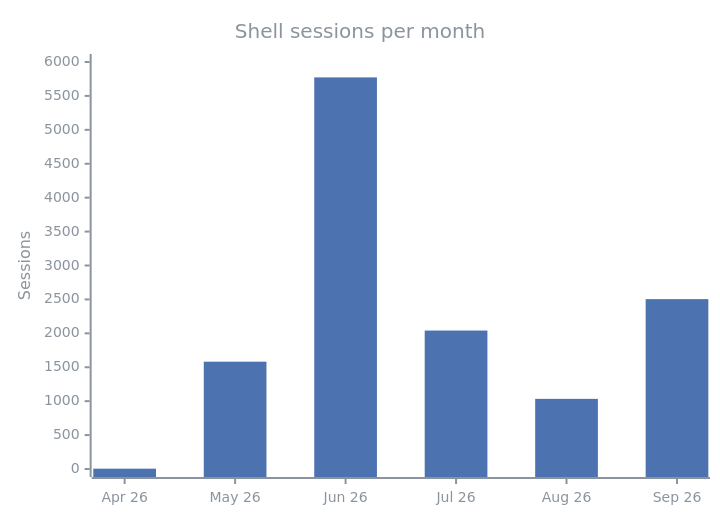
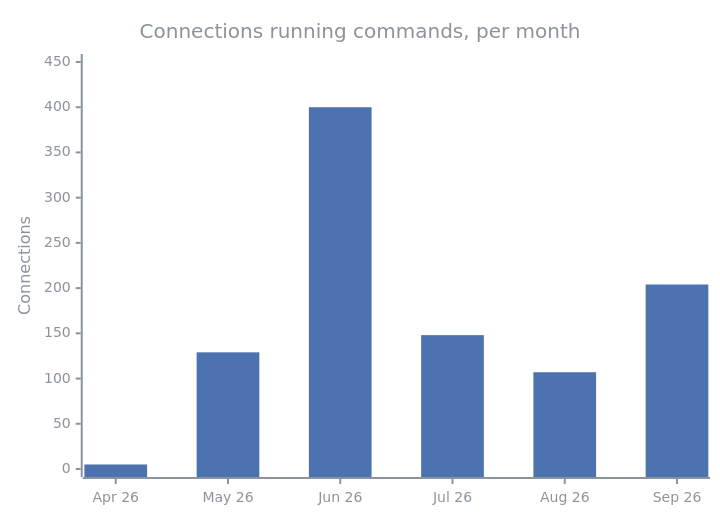
One commit to Vr00mm/honeypot-writeup changed the second of 9 diagrams in README.md. Above: the diagram before and after it, drawn with Mermaid. The commit also changed other lines of this file and 1 other file, not shown here.

First line of the commit message:
docs: count per connection instead of per session channel

````diff
--- a/README.md
+++ b/README.md
@@ -204,8 +209,8 @@
 ```mermaid
 %%{init: {'theme':'base','themeVariables':{'xyChart':{'backgroundColor':'transparent','titleColor':'#8b949e','xAxisLabelColor':'#8b949e','xAxisTitleColor':'#8b949e','xAxisTickColor':'#8b949e','xAxisLineColor':'#8b949e','yAxisLabelColor':'#8b949e','yAxisTitleColor':'#8b949e','yAxisTickColor':'#8b949e','yAxisLineColor':'#8b949e','plotColorPalette':'#4C72B0'}}}}%%
 xychart-beta
-    title "Shell sessions per month"
+    title "Connections running commands, per month"
     x-axis ["Apr 26", "May 26", "Jun 26", "Jul 26", "Aug 26", "Sep 26"]
-    y-axis "Sessions" 0 --> 6000
-    bar [5, 1582, 5773, 2041, 1034, 2504]
+    y-axis "Connections" 0 --> 450
+    bar [5, 129, 400, 148, 107, 204]
 ```
````
